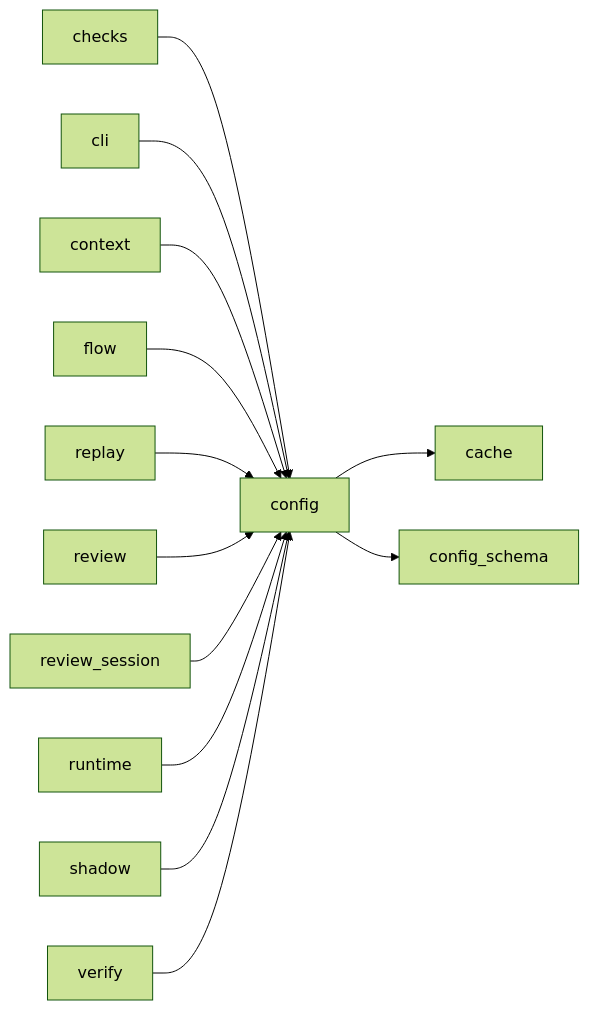
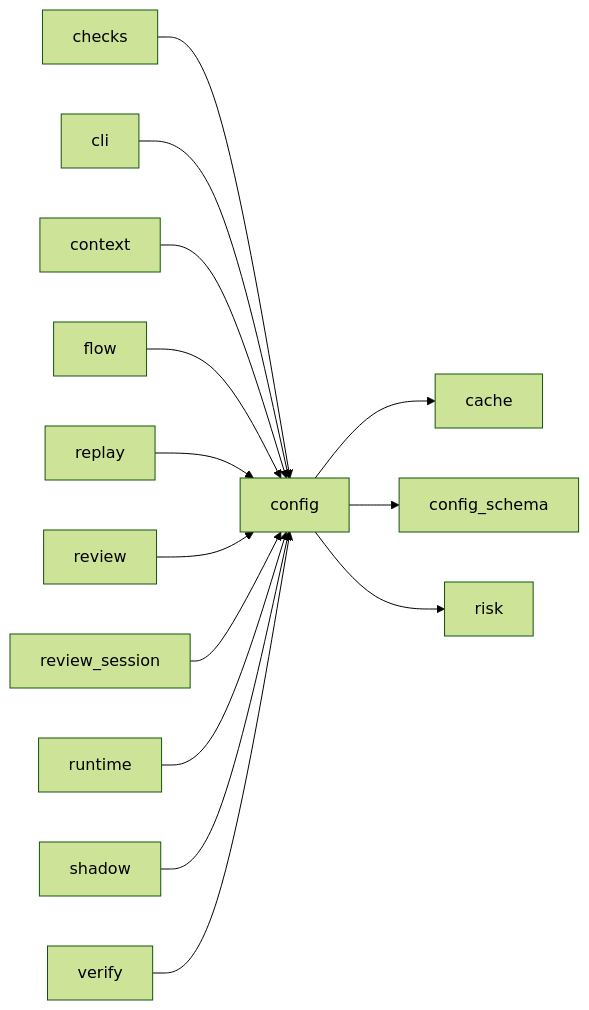
The third of 3 diagrams in docs/architecture/modules/config.md (plaplanche/ariane), drawn with Mermaid (forest theme) before and after one commit. The commit also changed other lines of this file and 29 other files, not shown here.

````diff
--- a/docs/architecture/modules/config.md
+++ b/docs/architecture/modules/config.md
@@ -170,15 +171,16 @@
 ```mermaid
 flowchart LR
   checks --> config
   cli --> config
   config --> cache
   config --> config_schema
+  config --> risk
   context --> config
   flow --> config
   replay --> config
   review --> config
   review_session --> config
   runtime --> config
   shadow --> config
   verify --> config
 ```
````
